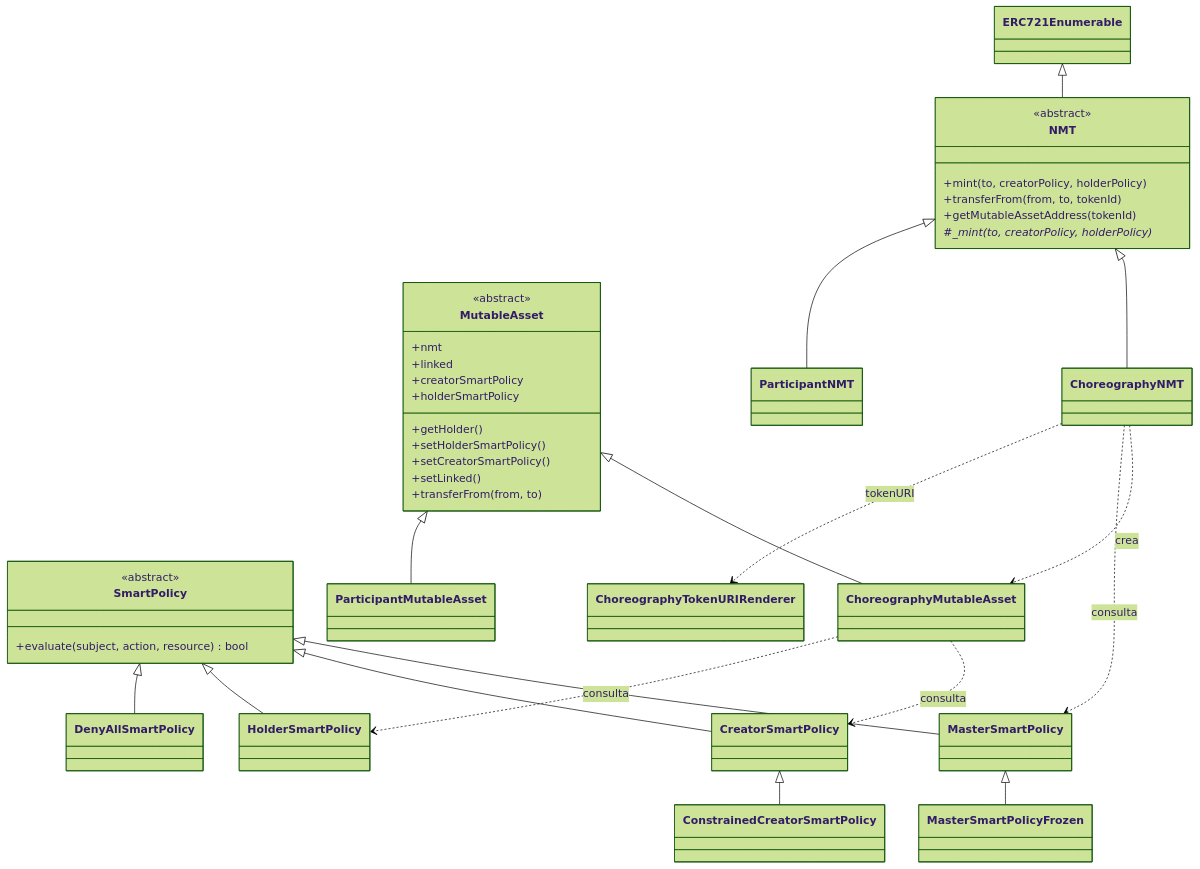
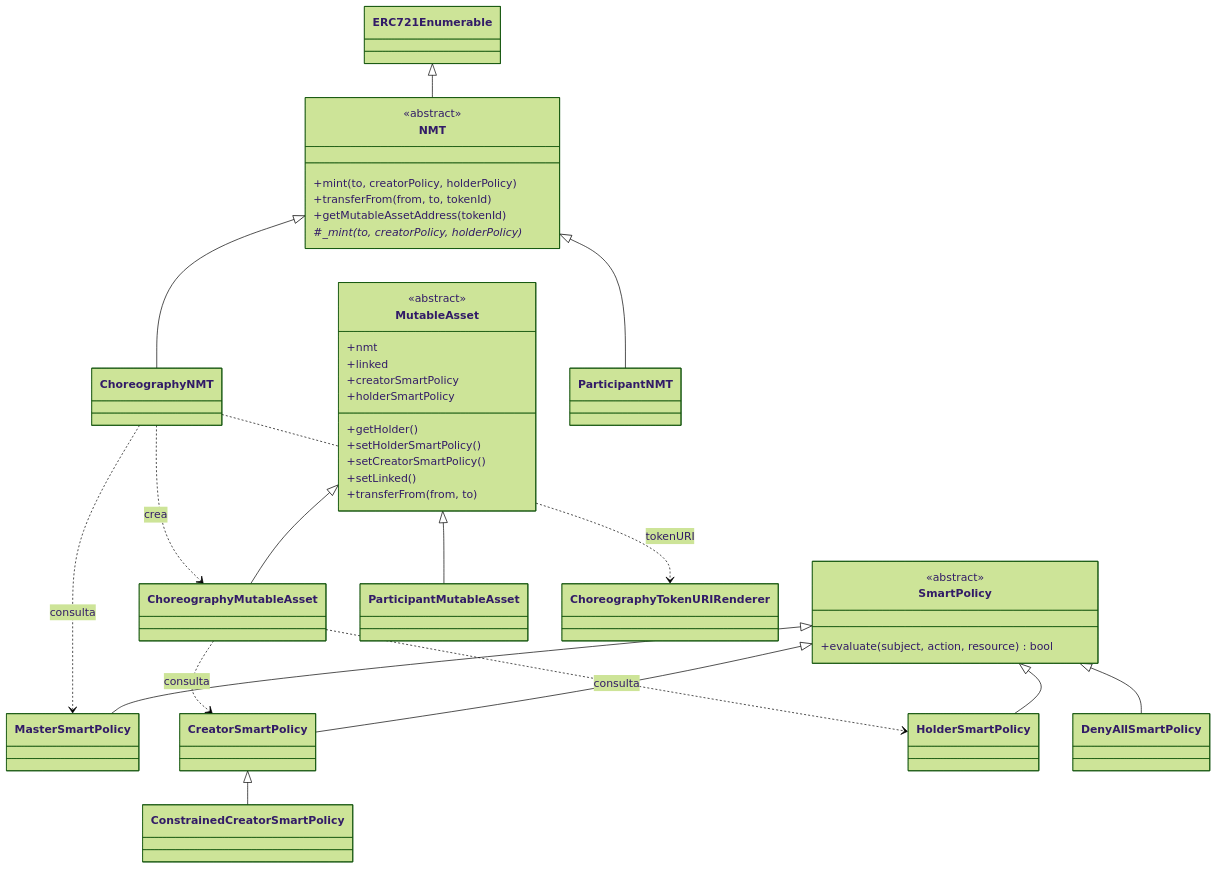
One commit to d0na/ChorNMT changed the second of 3 diagrams in docs/architettura.md. Above: the diagram before and after it, drawn with Mermaid (forest theme). The commit also changed other lines of this file and 18 other files, not shown here.

First line of the commit message:
refactor: remove choreography versioning and the frozen master

````diff
--- a/docs/architettura.md
+++ b/docs/architettura.md
@@ -71,43 +70,42 @@
 ```mermaid
 classDiagram
   class ERC721Enumerable
   class NMT {
     <<abstract>>
     +mint(to, creatorPolicy, holderPolicy)
     +transferFrom(from, to, tokenId)
     +getMutableAssetAddress(tokenId)
     #_mint(to, creatorPolicy, holderPolicy)*
   }
   class MutableAsset {
     <<abstract>>
     +nmt
     +linked
     +creatorSmartPolicy
     +holderSmartPolicy
     +getHolder()
     +setHolderSmartPolicy()
     +setCreatorSmartPolicy()
     +setLinked()
     +transferFrom(from, to)
   }
   class SmartPolicy {
     <<abstract>>
     +evaluate(subject, action, resource) bool
   }
   ERC721Enumerable <|-- NMT
   NMT <|-- ChoreographyNMT
   NMT <|-- ParticipantNMT
   MutableAsset <|-- ChoreographyMutableAsset
   MutableAsset <|-- ParticipantMutableAsset
   SmartPolicy <|-- MasterSmartPolicy
-  MasterSmartPolicy <|-- MasterSmartPolicyFrozen
   SmartPolicy <|-- CreatorSmartPolicy
   CreatorSmartPolicy <|-- ConstrainedCreatorSmartPolicy
   SmartPolicy <|-- HolderSmartPolicy
   SmartPolicy <|-- DenyAllSmartPolicy
   ChoreographyNMT ..> ChoreographyMutableAsset : crea
   ChoreographyNMT ..> MasterSmartPolicy : consulta
   ChoreographyNMT ..> ChoreographyTokenURIRenderer : tokenURI
   ChoreographyMutableAsset ..> CreatorSmartPolicy : consulta
   ChoreographyMutableAsset ..> HolderSmartPolicy : consulta
 ```
````
